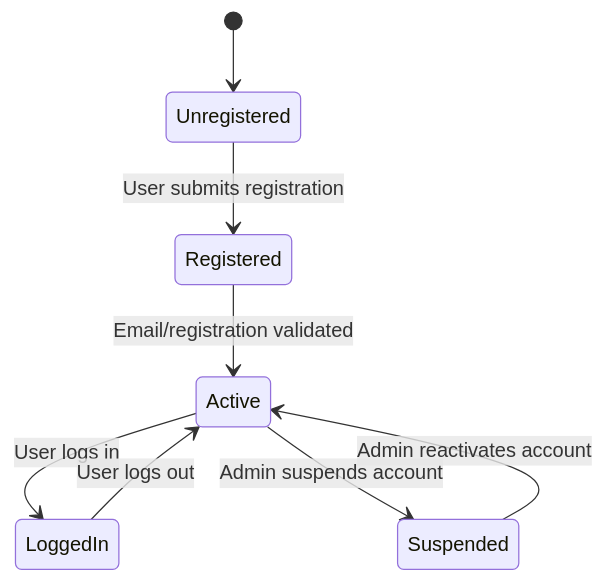
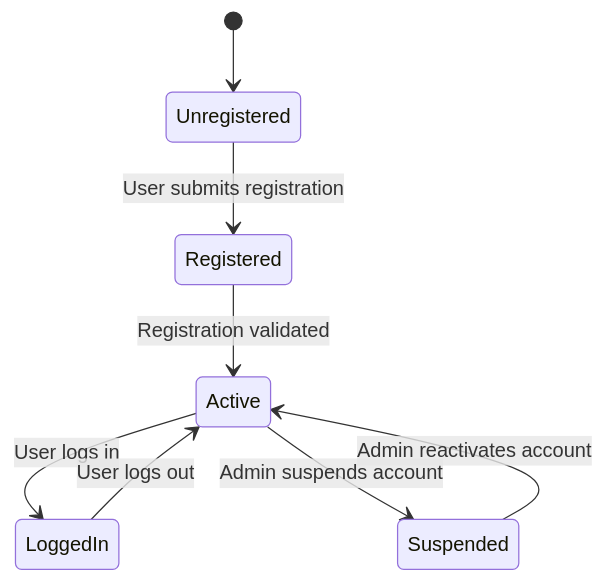
The second of 8 diagrams in STATE_TRANSITION_DIAGRAMS.md (ThaakirahA/movie-rental-system), drawn with Mermaid before and after one commit. The commit also changed other lines of this file, not shown here.

First line of the commit message:
Revise state transition diagrams and add introduction

````diff
--- a/STATE_TRANSITION_DIAGRAMS.md
+++ b/STATE_TRANSITION_DIAGRAMS.md
@@ -22,10 +25,10 @@
 ```mermaid
 stateDiagram-v2
     [*] --> Unregistered
     Unregistered --> Registered : User submits registration
-    Registered --> Active : Email/registration validated
+    Registered --> Active : Registration validated
     Active --> LoggedIn : User logs in
     LoggedIn --> Active : User logs out
     Active --> Suspended : Admin suspends account
     Suspended --> Active : Admin reactivates account
 ```
````
